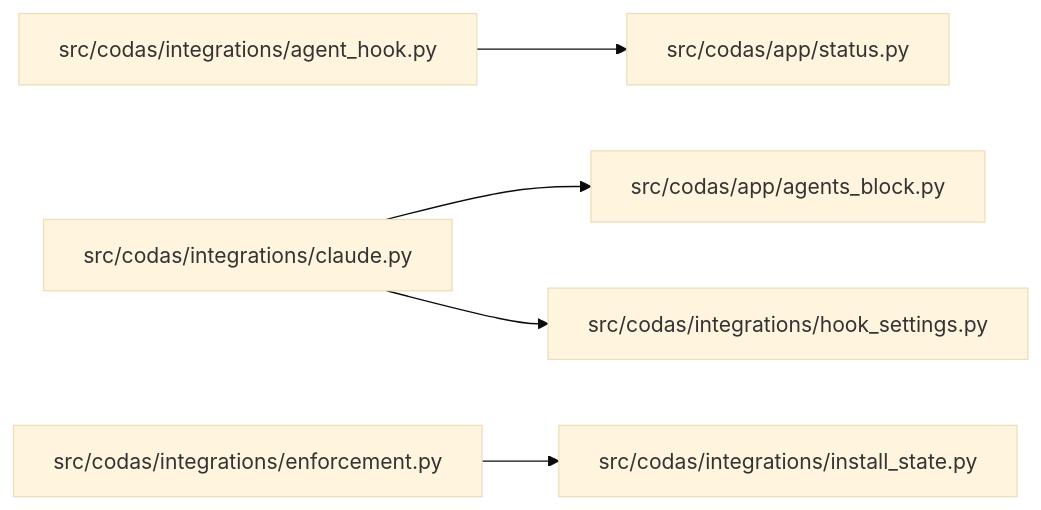
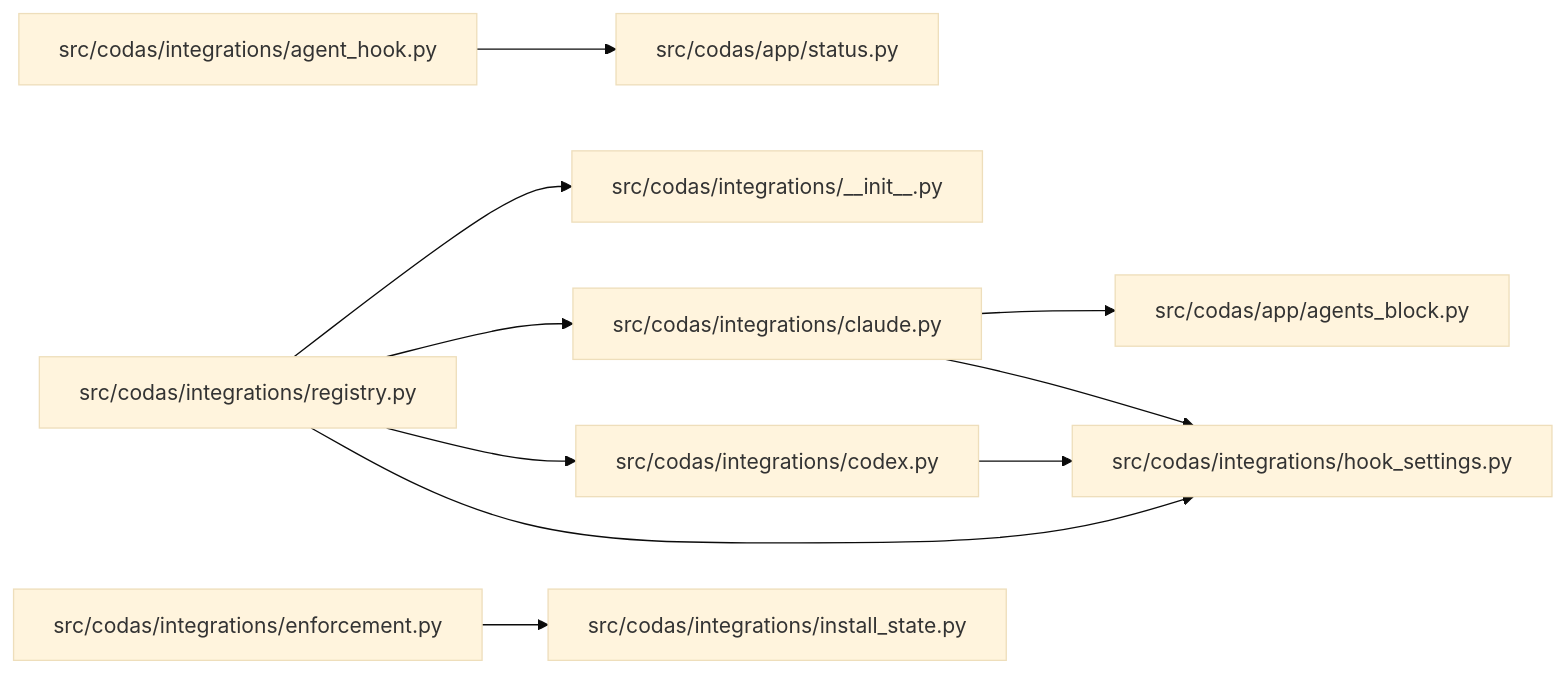
Before and after one commit to oydodo/codas: the diagram in wiki/role-integrations.md, drawn with Mermaid (base theme). The commit also changed other lines of this file and 11 other files, not shown here.

````diff
--- a/wiki/role-integrations.md
+++ b/wiki/role-integrations.md
@@ -79,14 +92,22 @@
 ```mermaid
 graph LR
   n0["src/codas/app/agents_block.py"]
   n1["src/codas/app/status.py"]
-  n2["src/codas/integrations/agent_hook.py"]
-  n3["src/codas/integrations/claude.py"]
-  n4["src/codas/integrations/enforcement.py"]
-  n5["src/codas/integrations/hook_settings.py"]
-  n6["src/codas/integrations/install_state.py"]
-  n2 --> n1
-  n3 --> n0
-  n3 --> n5
-  n4 --> n6
+  n2["src/codas/integrations/__init__.py"]
+  n3["src/codas/integrations/agent_hook.py"]
+  n4["src/codas/integrations/claude.py"]
+  n5["src/codas/integrations/codex.py"]
+  n6["src/codas/integrations/enforcement.py"]
+  n7["src/codas/integrations/hook_settings.py"]
+  n8["src/codas/integrations/install_state.py"]
+  n9["src/codas/integrations/registry.py"]
+  n3 --> n1
+  n4 --> n0
+  n4 --> n7
+  n5 --> n7
+  n6 --> n8
+  n9 --> n2
+  n9 --> n4
+  n9 --> n5
+  n9 --> n7
 ```
````
